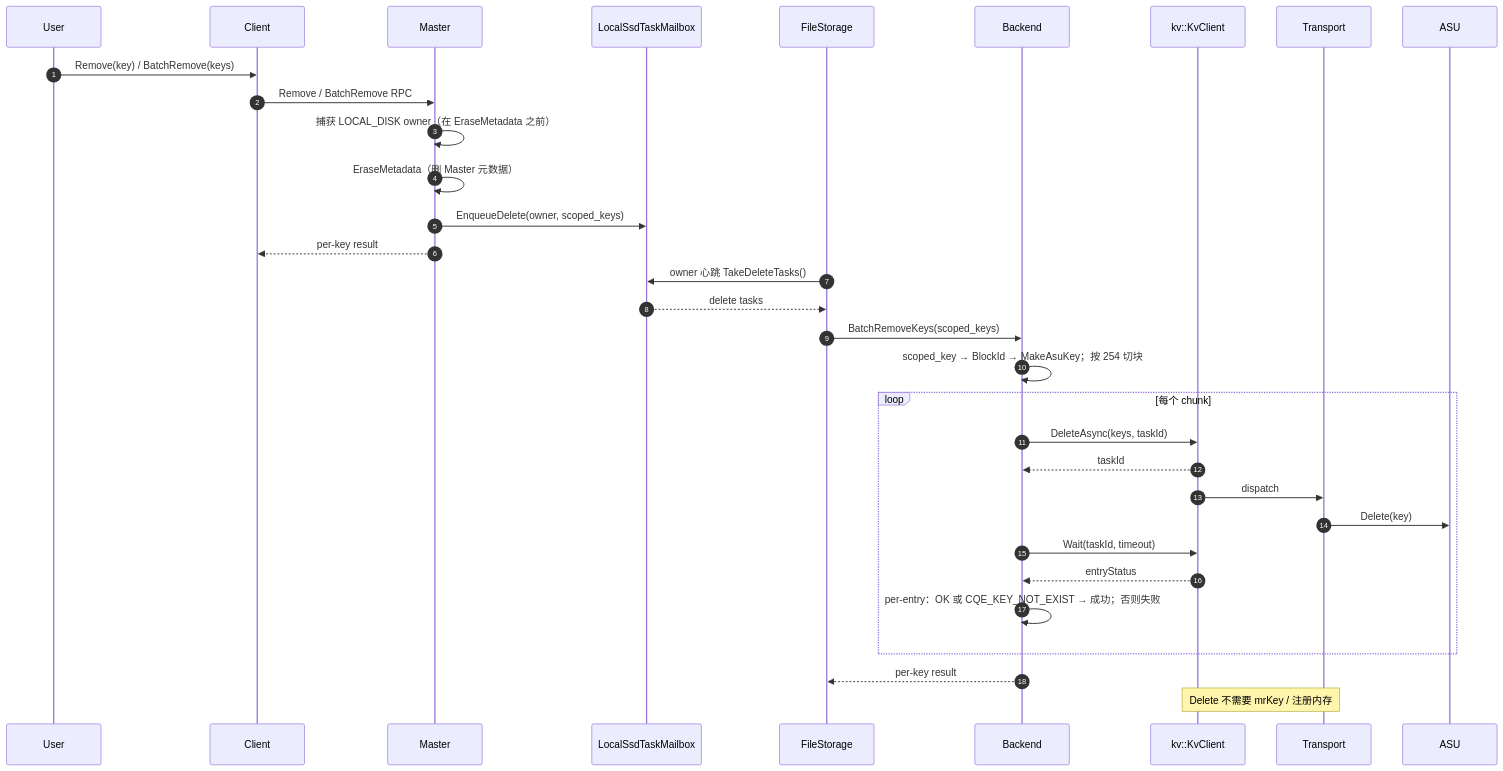
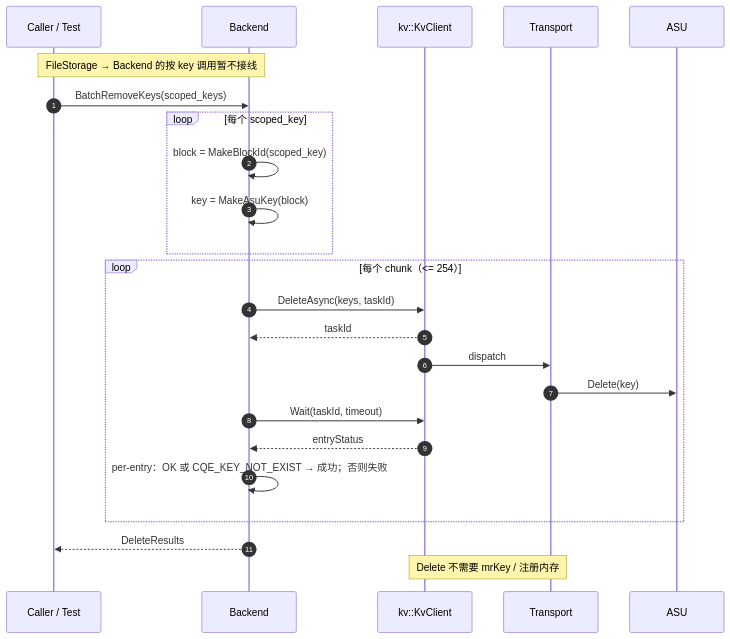
One commit to zwj20000328-dotcom/Mooncake-documents changed the tenth of 15 diagrams in kv-client-storage-backend-review.md. Above: the diagram before and after it, drawn with Mermaid. The commit also changed other lines of this file and 1 other file, not shown here.

Commit message:
modified:   kv-client-storage-backend-review.md

````diff
--- a/kv-client-storage-backend-review.md
+++ b/kv-client-storage-backend-review.md
@@ -508,37 +493,28 @@
 ```mermaid
 sequenceDiagram
     autonumber
-    participant U as User
-    participant C as Client
-    participant MS as Master
-    participant MB as LocalSsdTaskMailbox
-    participant FS as FileStorage
+    participant C as Caller / Test
     participant BE as Backend
     participant KC as kv::KvClient
     participant TR as Transport
     participant ASU as ASU
 
-    U->>C: Remove(key) / BatchRemove(keys)
-    C->>MS: Remove / BatchRemove RPC
-    MS->>MS: 捕获 LOCAL_DISK owner（在 EraseMetadata 之前）
-    MS->>MS: EraseMetadata（删 Master 元数据）
-    MS->>MB: EnqueueDelete(owner, scoped_keys)
-    MS-->>C: per-key result
+    Note over C,BE: FileStorage → Backend 的按 key 调用暂不接线
+    C->>BE: BatchRemoveKeys(scoped_keys)
+    loop 每个 scoped_key
+        BE->>BE: block = MakeBlockId(scoped_key)
+        BE->>BE: key = MakeAsuKey(block)
+    end
 
-    FS->>MB: owner 心跳 TakeDeleteTasks()
-    MB-->>FS: delete tasks
-    FS->>BE: BatchRemoveKeys(scoped_keys)
-    BE->>BE: scoped_key → BlockId → MakeAsuKey；按 254 切块
-
-    loop 每个 chunk
+    loop 每个 chunk（<= 254）
         BE->>KC: DeleteAsync(keys, taskId)
         KC-->>BE: taskId
         KC->>TR: dispatch
         TR->>ASU: Delete(key)
         BE->>KC: Wait(taskId, timeout)
         KC-->>BE: entryStatus
         BE->>BE: per-entry：OK 或 CQE_KEY_NOT_EXIST → 成功；否则失败
     end
-    BE-->>FS: per-key result
+    BE-->>C: DeleteResults
     Note over KC,TR: Delete 不需要 mrKey / 注册内存
 ```
````
